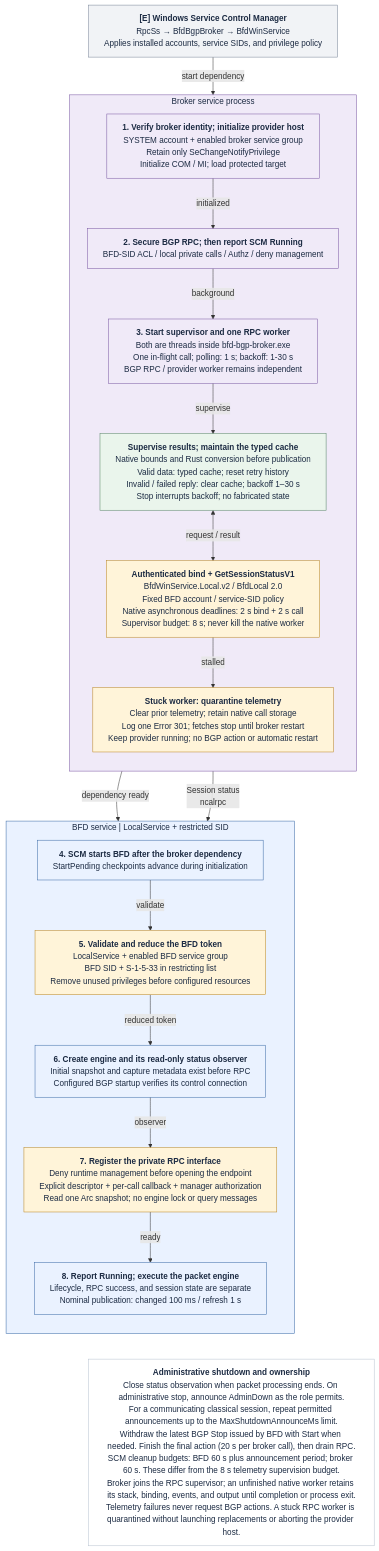
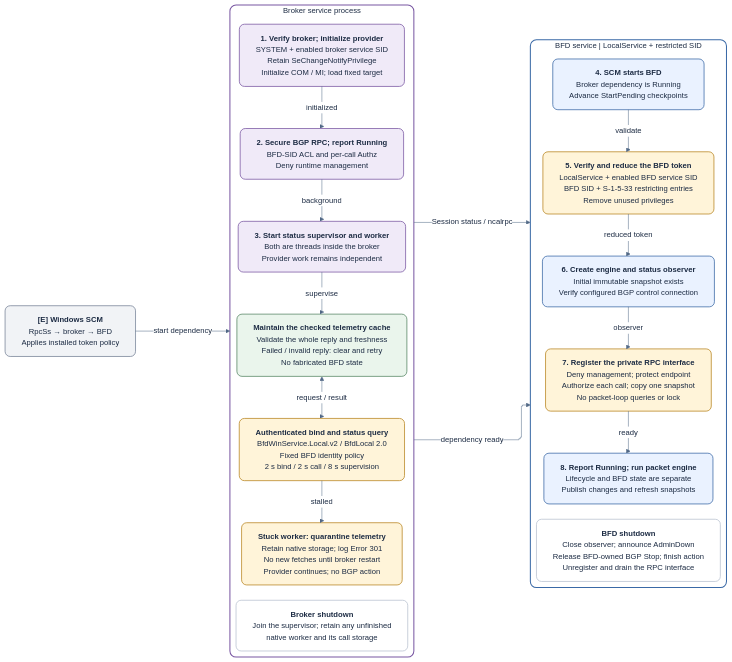
Before and after one commit to miketheitguy/bfd-winservice: the second of 2 diagrams in docs/service-communication.md, drawn with Mermaid. The commit also changed other lines of this file and 37 other files, not shown here.

Commit message:
docs: streamline guides and align Mermaid diagrams

````diff
--- a/docs/service-communication.md
+++ b/docs/service-communication.md
@@ -168,59 +181,73 @@
 ```mermaid
 ---
 config:
+  layout: elk
+  look: classic
+  theme: base
+  fontFamily: Segoe UI, Arial, sans-serif
+  themeVariables:
+    fontSize: 15px
+    primaryTextColor: '#1C2B43'
+    lineColor: '#526987'
+    clusterBkg: '#FFFFFF'
+    edgeLabelBackground: '#FFFFFF'
   flowchart:
-    wrappingWidth: 500
+    wrappingWidth: 330
+    padding: 16
+    nodeSpacing: 26
+    rankSpacing: 50
+    curve: stepBefore
 ---
-flowchart TB
+flowchart LR
     accTitle: Service lifecycle: startup, status fetching, and administrative shutdown
     accDescr: SCM starts RpcSs, the broker, and BFD in dependency order. Both services validate and reduce their tokens before accepting work. The status supervisor owns one RPC worker and quarantines stalled telemetry while the provider continues. Shutdown preserves native ownership.
     %% Mirrors service-communication.drawio, page 2.
 
-    lc_scm["<b>[E] Windows Service Control Manager</b><br/>RpcSs → BfdBgpBroker → BfdWinService<br/>Applies installed accounts, service SIDs, and privilege policy"]:::external
+    lc_scm["<b>[E] Windows SCM</b><br/>RpcSs → broker → BFD<br/>Applies installed token policy"]:::external
     subgraph lc_broker["Broker service process"]
         direction TB
-        lc_broker_init["<b>1. Verify broker identity; initialize provider host</b><br/>SYSTEM account + enabled broker service group<br/>Retain only SeChangeNotifyPrivilege<br/>Initialize COM / MI; load protected target"]:::broker
-        lc_broker_running["<b>2. Secure BGP RPC; then report SCM Running</b><br/>BFD-SID ACL / local private calls / Authz / deny management"]:::broker
-        lc_monitor["<b>3. Start supervisor and one RPC worker</b><br/>Both are threads inside bfd-bgp-broker.exe<br/>One in-flight call; polling: 1 s; backoff: 1-30 s<br/>BGP RPC / provider worker remains independent"]:::broker
-        lc_call["<b>Authenticated bind + GetSessionStatusV1</b><br/>BfdWinService.Local.v2 / BfdLocal 2.0<br/>Fixed BFD account / service-SID policy<br/>Native asynchronous deadlines: 2 s bind + 2 s call<br/>Supervisor budget: 8 s; never kill the native worker"]:::gate
-        lc_cache["<b>Supervise results; maintain the typed cache</b><br/>Native bounds and Rust conversion before publication<br/>Valid data: typed cache; reset retry history<br/>Invalid / failed reply: clear cache; backoff 1–30 s<br/>Stop interrupts backoff; no fabricated state"]:::cache
-        lc_quarantine["<b>Stuck worker: quarantine telemetry</b><br/>Clear prior telemetry; retain native call storage<br/>Log one Error 301; fetches stop until broker restart<br/>Keep provider running; no BGP action or automatic restart"]:::gate
+        lc_broker_init["<b>1. Verify broker; initialize provider</b><br/>SYSTEM + enabled broker service SID<br/>Retain SeChangeNotifyPrivilege<br/>Initialize COM / MI; load fixed target"]:::broker
+        lc_broker_running["<b>2. Secure BGP RPC; report Running</b><br/>BFD-SID ACL and per-call Authz<br/>Deny runtime management"]:::broker
+        lc_monitor["<b>3. Start status supervisor and worker</b><br/>Both are threads inside the broker<br/>Provider work remains independent"]:::broker
+        lc_call["<b>Authenticated bind and status query</b><br/>BfdWinService.Local.v2 / BfdLocal 2.0<br/>Fixed BFD identity policy<br/>2 s bind / 2 s call / 8 s supervision"]:::gate
+        lc_cache["<b>Maintain the checked telemetry cache</b><br/>Validate the whole reply and freshness<br/>Failed / invalid reply: clear and retry<br/>No fabricated BFD state"]:::cache
+        lc_broker_stop["<b>Broker shutdown</b><br/>Join the supervisor; retain any unfinished<br/>native worker and its call storage"]:::note
+        lc_quarantine["<b>Stuck worker: quarantine telemetry</b><br/>Retain native storage; log Error 301<br/>No new fetches until broker restart<br/>Provider continues; no BGP action"]:::gate
     end
 
     subgraph lc_bfd["BFD service | LocalService + restricted SID"]
         direction TB
-        lc_bfd_start["<b>4. SCM starts BFD after the broker dependency</b><br/>StartPending checkpoints advance during initialization"]:::bfd
-        lc_bfd_guard["<b>5. Validate and reduce the BFD token</b><br/>LocalService + enabled BFD service group<br/>BFD SID + S-1-5-33 in restricting list<br/>Remove unused privileges before configured resources"]:::gate
-        lc_engine["<b>6. Create engine and its read-only status observer</b><br/>Initial snapshot and capture metadata exist before RPC<br/>Configured BGP startup verifies its control connection"]:::bfd
-        lc_listener["<b>7. Register the private RPC interface</b><br/>Deny runtime management before opening the endpoint<br/>Explicit descriptor + per-call callback + manager authorization<br/>Read one Arc snapshot; no engine lock or query messages"]:::gate
-        lc_bfd_running["<b>8. Report Running; execute the packet engine</b><br/>Lifecycle, RPC success, and session state are separate<br/>Nominal publication: changed 100 ms / refresh 1 s"]:::bfd
+        lc_bfd_start["<b>4. SCM starts BFD</b><br/>Broker dependency is Running<br/>Advance StartPending checkpoints"]:::bfd
+        lc_bfd_guard["<b>5. Verify and reduce the BFD token</b><br/>LocalService + enabled BFD service SID<br/>BFD SID + S-1-5-33 restricting entries<br/>Remove unused privileges"]:::gate
+        lc_engine["<b>6. Create engine and status observer</b><br/>Initial immutable snapshot exists<br/>Verify configured BGP control connection"]:::bfd
+        lc_listener["<b>7. Register the private RPC interface</b><br/>Deny management; protect endpoint<br/>Authorize each call; copy one snapshot<br/>No packet-loop queries or lock"]:::gate
+        lc_bfd_stop["<b>BFD shutdown</b><br/>Close observer; announce AdminDown<br/>Release BFD-owned BGP Stop; finish action<br/>Unregister and drain the RPC interface"]:::note
+        lc_bfd_running["<b>8. Report Running; run packet engine</b><br/>Lifecycle and BFD state are separate<br/>Publish changes and refresh snapshots"]:::bfd
     end
 
-    lc_shutdown["<b>Administrative shutdown and ownership</b><br/>Close status observation when packet processing ends. On administrative stop, announce AdminDown as the role permits.<br/>For a communicating classical session, repeat permitted announcements up to the MaxShutdownAnnounceMs limit.<br/>Withdraw the latest BGP Stop issued by BFD with Start when needed. Finish the final action (20 s per broker call), then drain RPC.<br/>SCM cleanup budgets: BFD 60 s plus announcement period; broker 60 s. These differ from the 8 s telemetry supervision budget.<br/>Broker joins the RPC supervisor; an unfinished native worker retains its stack, binding, events, and output until completion or process exit.<br/>Telemetry failures never request BGP actions. A stuck RPC worker is quarantined without launching replacements or aborting the provider host."]:::note
-
-    lc_scm -->|"start dependency"| lc_broker_init
+    lc_scm -->|"start dependency"| lc_broker
     lc_broker_init -->|"initialized"| lc_broker_running
     lc_broker_running -->|"background"| lc_monitor
     lc_monitor -->|"supervise"| lc_cache
     lc_cache <-->|"request / result"| lc_call
     lc_call -->|"stalled"| lc_quarantine
-    lc_broker_running -->|"dependency ready"| lc_bfd_start
+    lc_broker -->|"dependency ready"| lc_bfd
     lc_bfd_start -->|"validate"| lc_bfd_guard
     lc_bfd_guard -->|"reduced token"| lc_engine
     lc_engine -->|"observer"| lc_listener
     lc_listener -->|"ready"| lc_bfd_running
-    lc_call -->|"Session status<br/>ncalrpc"| lc_listener
+    lc_broker -->|"Session status / ncalrpc"| lc_bfd
 
     %% Invisible links align independent sections; they do not represent calls.
-    lc_bfd_running ~~~ lc_shutdown
-    lc_quarantine ~~~ lc_shutdown
+    lc_bfd_running ~~~ lc_bfd_stop
+    lc_quarantine ~~~ lc_broker_stop
 
-    classDef bfd fill:#EAF2FF,stroke:#3A69A6,color:#1C2B43
-    classDef broker fill:#F0EAF8,stroke:#7957A2,color:#1C2B43
-    classDef gate fill:#FFF4D9,stroke:#B98521,color:#1C2B43
-    classDef cache fill:#EAF5EC,stroke:#558563,color:#1C2B43
-    classDef external fill:#F1F3F6,stroke:#778397,color:#1C2B43
-    classDef note fill:#FFFFFF,stroke:#B8C2D0,color:#1C2B43
-    style lc_broker fill:#F0EAF8,stroke:#7957A2,color:#1C2B43
-    style lc_bfd fill:#EAF2FF,stroke:#3A69A6,color:#1C2B43
+    classDef bfd fill:#EAF2FF,stroke:#3A69A6,color:#1C2B43,stroke-width:1.5px,rx:10,ry:10
+    classDef broker fill:#F0EAF8,stroke:#7957A2,color:#1C2B43,stroke-width:1.5px,rx:10,ry:10
+    classDef gate fill:#FFF4D9,stroke:#B98521,color:#1C2B43,stroke-width:1.5px,rx:10,ry:10
+    classDef cache fill:#EAF5EC,stroke:#558563,color:#1C2B43,stroke-width:1.5px,rx:10,ry:10
+    classDef external fill:#F1F3F6,stroke:#778397,color:#1C2B43,stroke-width:1.5px,rx:10,ry:10
+    classDef note fill:#FFFFFF,stroke:#B8C2D0,color:#1C2B43,stroke-width:1.5px,rx:10,ry:10
+    style lc_broker fill:#FFFFFF,stroke:#7957A2,color:#1C2B43,stroke-width:2px,rx:12,ry:12
+    style lc_bfd fill:#FFFFFF,stroke:#3A69A6,color:#1C2B43,stroke-width:2px,rx:12,ry:12
 ```
````
